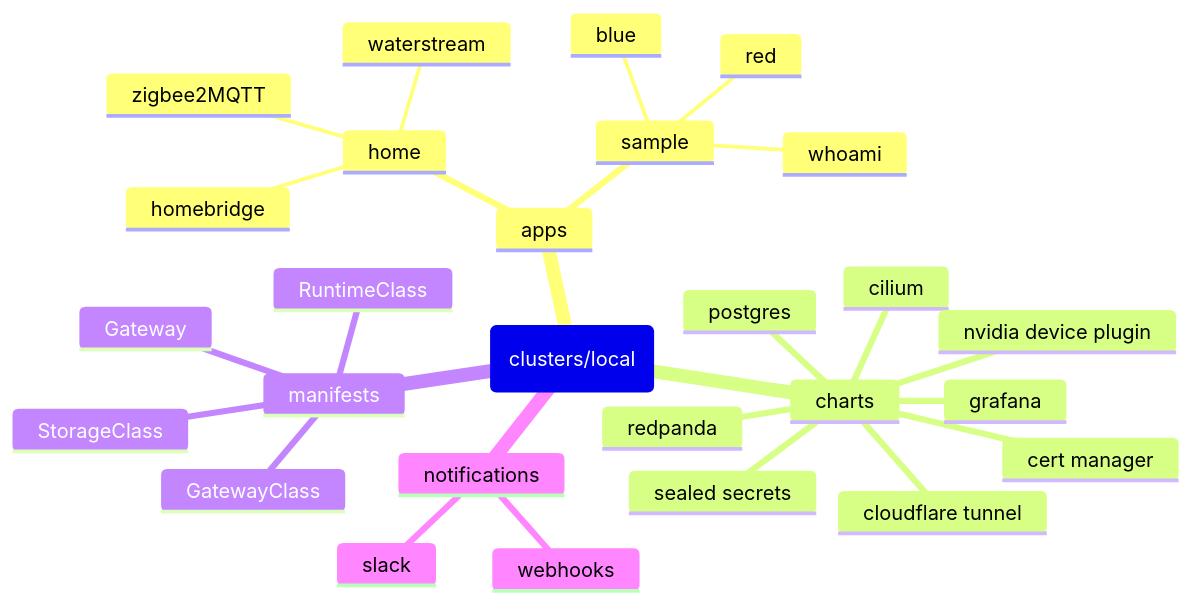
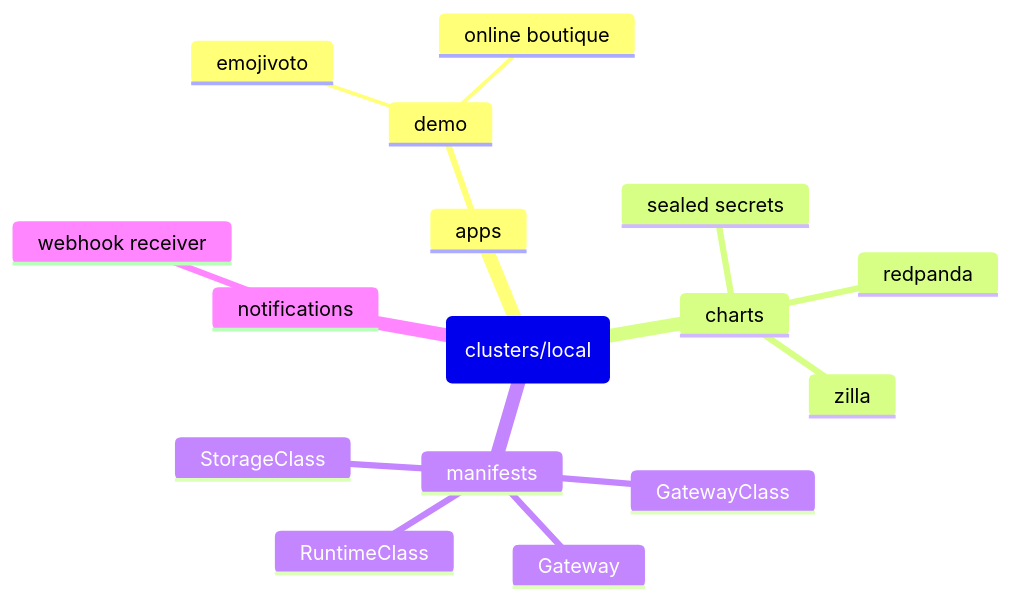
One commit to orbservability/demo-cluster changed the diagram in README.md. Above: the diagram before and after it, drawn with Mermaid. The commit also changed other lines of this file, not shown here.

````diff
--- a/README.md
+++ b/README.md
@@ -13,30 +5,19 @@
 ```mermaid
 mindmap
   root(clusters/local)
     apps
-      home
-        homebridge
-        waterstream
-        zigbee2MQTT
-      sample
-        red
-        blue
-        whoami
+      demo
+        emojivoto
+        online boutique
     charts
-      cert manager
-      cilium
-      cloudflare tunnel
-      grafana
-      nvidia device plugin
-      postgres
       redpanda
       sealed secrets
+      zilla
     manifests
       GatewayClass
       Gateway
       RuntimeClass
       StorageClass
     notifications
-      slack
-      webhooks
+      webhook receiver
 ```
````
